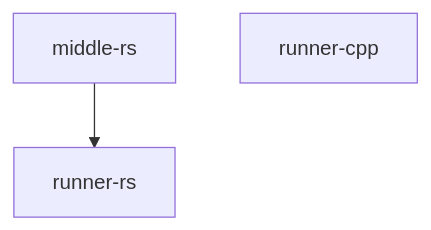
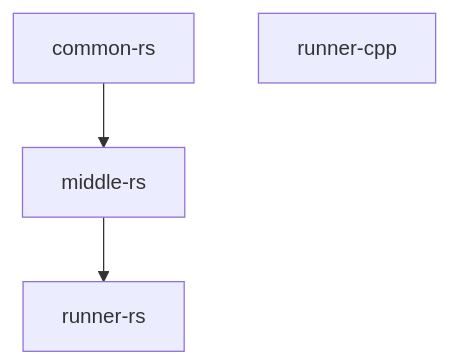
One commit to hanhossain/rust-cxx-cmake changed the diagram in README.md. Above: the diagram before and after it, drawn with Mermaid. The commit also changed 6 other files, not shown here.

````diff
--- a/README.md
+++ b/README.md
@@ -3,8 +3,8 @@
 ```mermaid
 graph TD
-
+common-rs --> middle-rs
 middle-rs --> runner-rs
 
 runner-cpp
 
 ```
````
